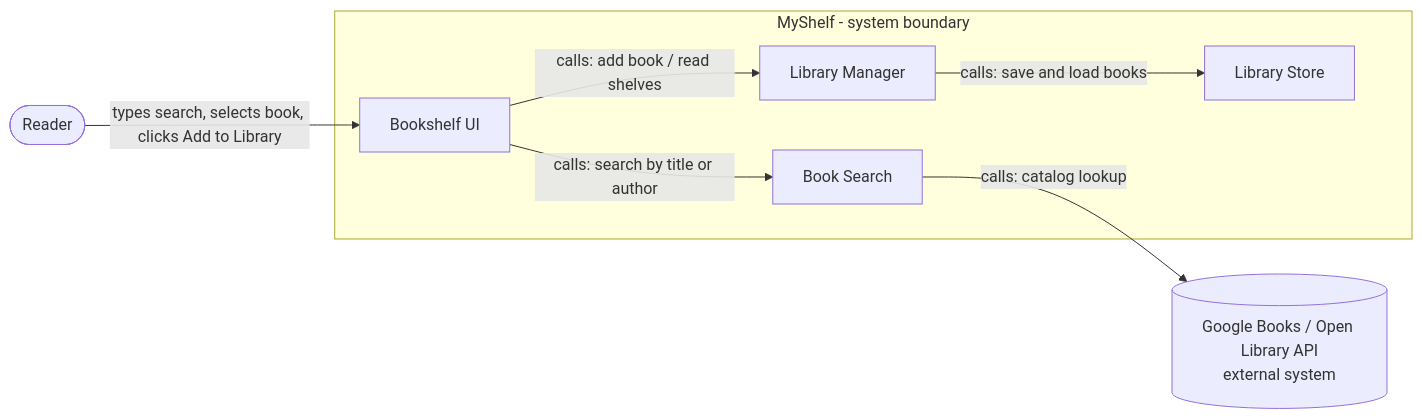
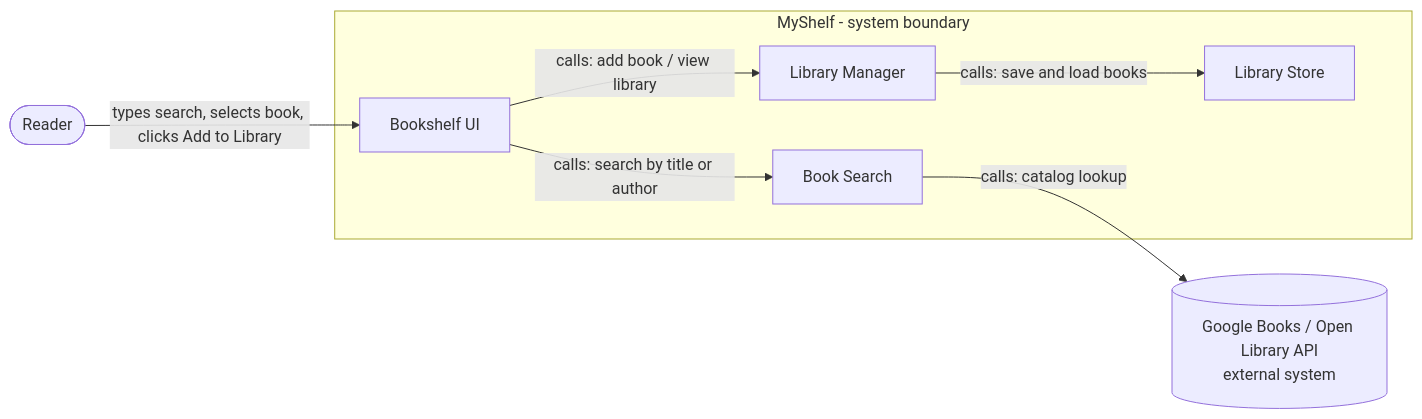
One commit to maftun5/Software-Engineering changed the diagram in Architecture_v1.md. Above: the diagram before and after it, drawn with Mermaid. The commit also changed other lines of this file, not shown here.

First line of the commit message:
Review Architecture_v1.md and make necessary changes

````diff
--- a/Architecture_v1.md
+++ b/Architecture_v1.md
@@ -25,18 +25,18 @@
 ```mermaid
 flowchart LR
     Reader([Reader])
     API[(Google Books / Open Library API<br/>external system)]
 
     subgraph MS [MyShelf - system boundary]
         UI[Bookshelf UI]
         SEARCH[Book Search]
         LIB[Library Manager]
         STORE[Library Store]
     end
 
     Reader -->|types search, selects book, clicks Add to Library| UI
     UI -->|calls: search by title or author| SEARCH
-    UI -->|calls: add book / read shelves| LIB
+    UI -->|calls: add book / view library| LIB
     LIB -->|calls: save and load books| STORE
     SEARCH -->|calls: catalog lookup| API
 ```
````
